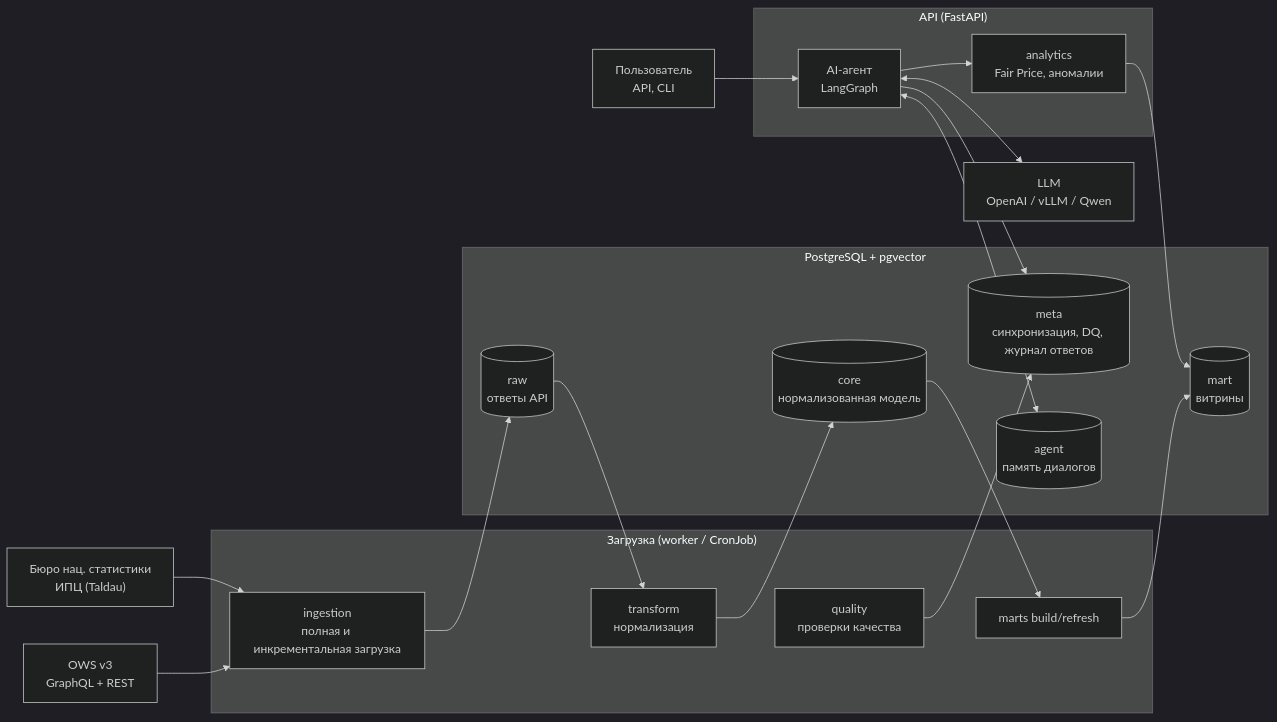
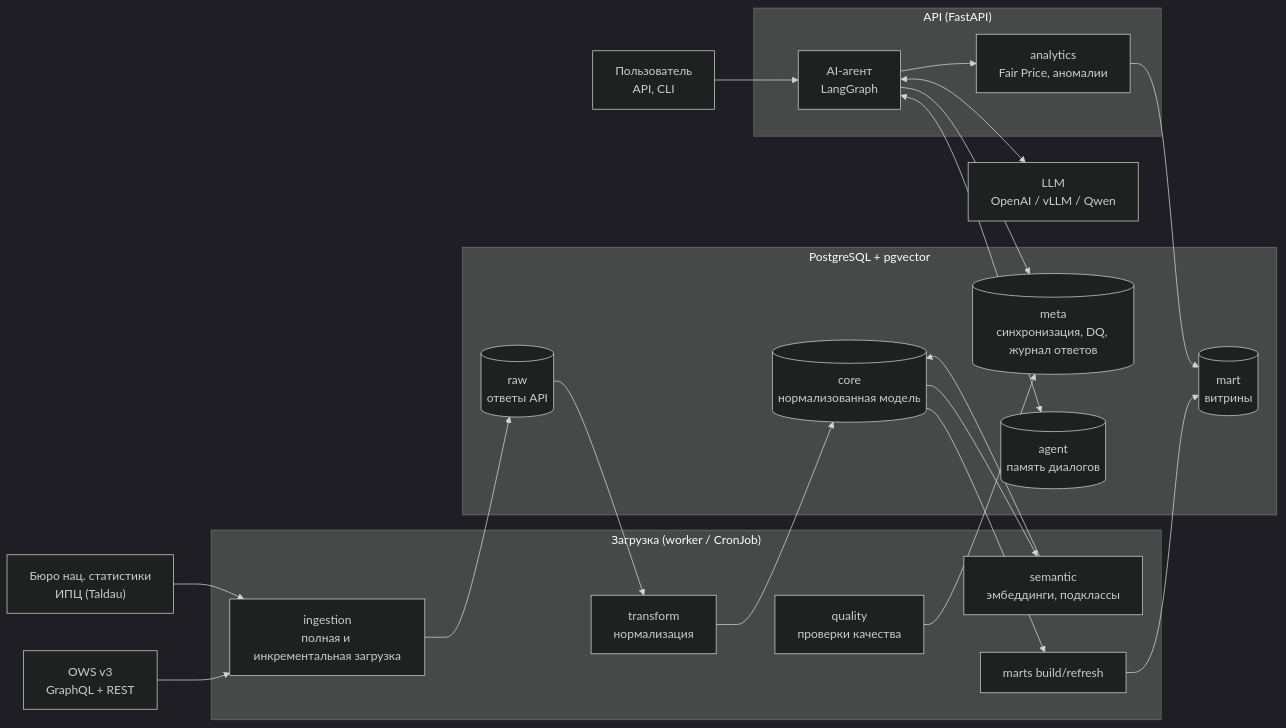
Before and after one commit to Saur9315/goszakup_ai: the first of 3 diagrams in docs/architecture.md, drawn with Mermaid (dark theme). The commit also changed other lines of this file and 26 other files, not shown here.

````diff
--- a/docs/architecture.md
+++ b/docs/architecture.md
@@ -9,38 +9,40 @@
 ```mermaid
 flowchart LR
     OWS["OWS v3<br/>GraphQL + REST"]
     STAT["Бюро нац. статистики<br/>ИПЦ (Taldau)"]
 
     subgraph worker["Загрузка (worker / CronJob)"]
         ING["ingestion<br/>полная и инкрементальная загрузка"]
         TR["transform<br/>нормализация"]
+        SEM["semantic<br/>эмбеддинги, подклассы"]
         MB["marts build/refresh"]
         DQ["quality<br/>проверки качества"]
     end
 
     subgraph pg["PostgreSQL + pgvector"]
         RAW[("raw<br/>ответы API")]
         CORE[("core<br/>нормализованная модель")]
         MART[("mart<br/>витрины")]
         META[("meta<br/>синхронизация, DQ, журнал ответов")]
         AG[("agent<br/>память диалогов")]
     end
 
     subgraph api["API (FastAPI)"]
         AGENT["AI-агент<br/>LangGraph"]
         AN["analytics<br/>Fair Price, аномалии"]
     end
 
     LLM["LLM<br/>OpenAI / vLLM / Qwen"]
     USER["Пользователь<br/>API, CLI"]
 
     OWS --> ING
     STAT --> ING
     ING --> RAW --> TR --> CORE --> MB --> MART
+    CORE --> SEM --> CORE
     DQ --> META
     USER --> AGENT
     AGENT --> AN --> MART
     AGENT <--> LLM
     AGENT --> META
     AGENT <--> AG
 ```
````
